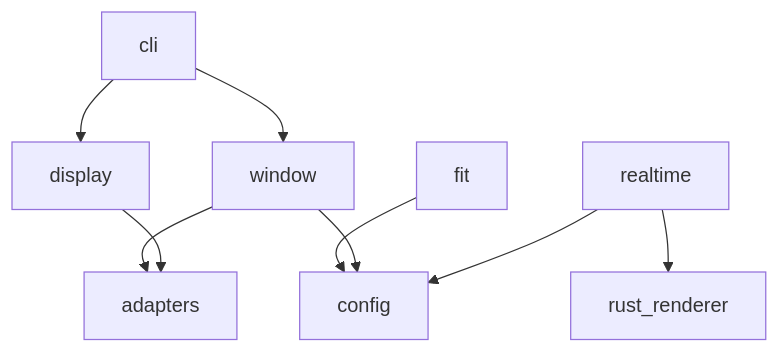
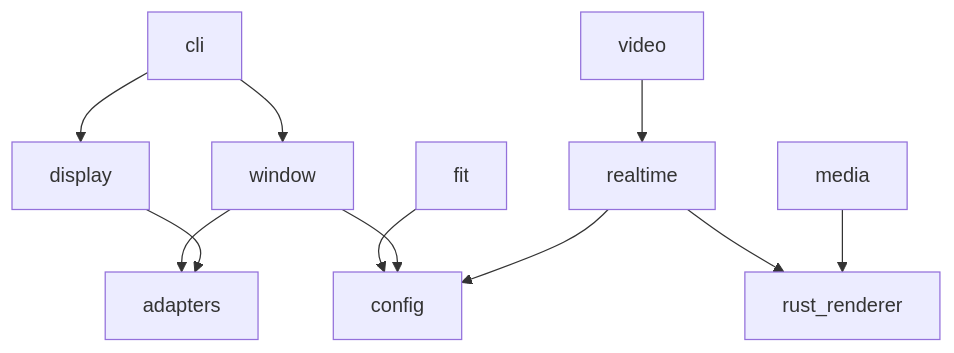
The diagram in docs/ARCHITECTURE.md (maedayoshiaki/projector-controller), drawn with Mermaid before and after one commit. The commit also changed other lines of this file and 10 other files, not shown here.

````diff
--- a/docs/ARCHITECTURE.md
+++ b/docs/ARCHITECTURE.md
@@ -94,11 +96,13 @@
 ```mermaid
 graph TD
   cli --> window
   cli --> display
   window --> adapters
   realtime --> rust_renderer
+  video --> realtime
+  media --> rust_renderer
   display --> adapters
   fit --> config
   window --> config
   realtime --> config
 ```
````
